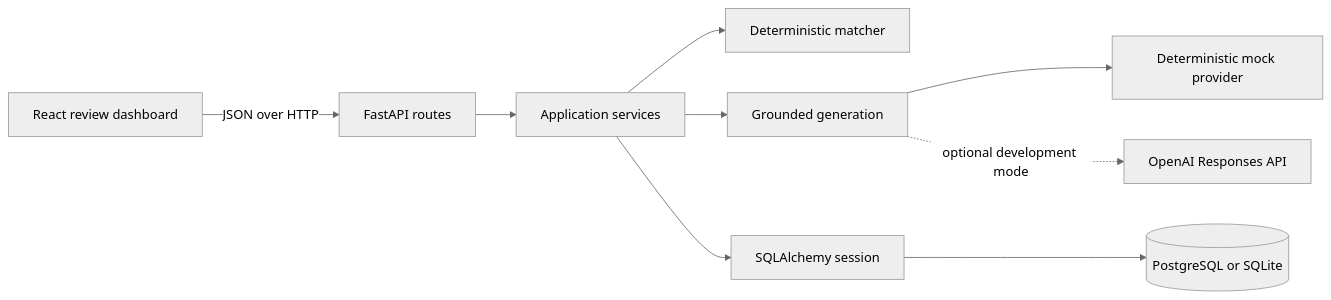
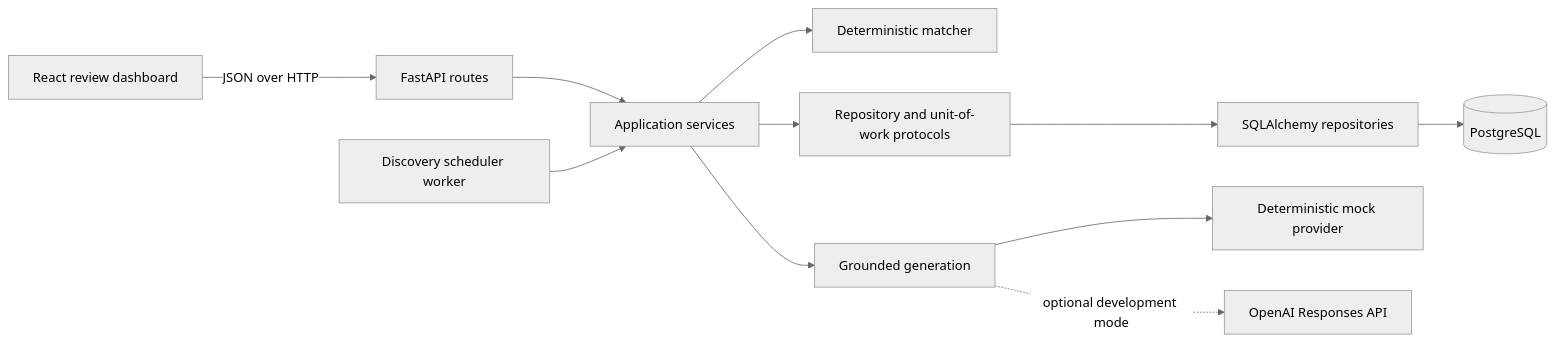
One commit to caue96/AI-Job-Agent changed the first of 3 diagrams in docs/architecture.md. Above: the diagram before and after it, drawn with Mermaid (neutral theme). The commit also changed other lines of this file and 45 other files, not shown here.

````diff
--- a/docs/architecture.md
+++ b/docs/architecture.md
@@ -13,11 +14,13 @@
 ```mermaid
 flowchart LR
   Browser["React review dashboard"] -->|"JSON over HTTP"| Routes["FastAPI routes"]
   Routes --> Services["Application services"]
   Services --> Matching["Deterministic matcher"]
   Services --> Generation["Grounded generation"]
-  Services --> ORM["SQLAlchemy session"]
-  ORM --> Database[("PostgreSQL or SQLite")]
+  Services --> Ports["Repository and unit-of-work protocols"]
+  Ports --> Adapters["SQLAlchemy repositories"]
+  Adapters --> Database[("PostgreSQL")]
+  Worker["Discovery scheduler worker"] --> Services
   Generation --> Mock["Deterministic mock provider"]
   Generation -. "optional development mode" .-> OpenAI["OpenAI Responses API"]
 ```
````
